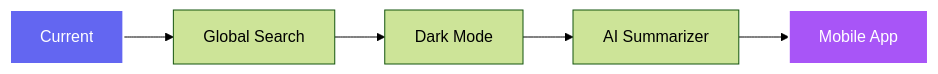
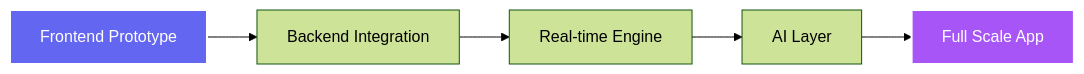
Before and after one commit to ayushtripathi-45/Note-Share: the diagram in README.md, drawn with Mermaid (forest theme). The commit also changed other lines of this file, not shown here.

Commit message:
Update README with project status and future roadmap (Backend, DB, AI)

````diff
--- a/README.md
+++ b/README.md
@@ -111,9 +116,9 @@
 ```mermaid
 graph LR
-    A[Current] --> B[Global Search]
-    B --> C[Dark Mode]
-    C --> D[AI Summarizer]
-    D --> E[Mobile App]
+    A[Frontend Prototype] --> B[Backend Integration]
+    B --> C[Real-time Engine]
+    C --> D[AI Layer]
+    D --> E[Full Scale App]
     style A fill:#6366f1,stroke:#fff,stroke-width:2px,color:#fff
     style E fill:#a855f7,stroke:#fff,stroke-width:2px,color:#fff
 ```
````
